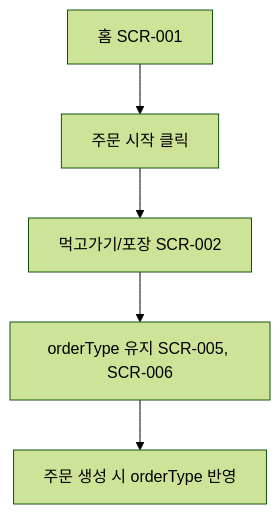
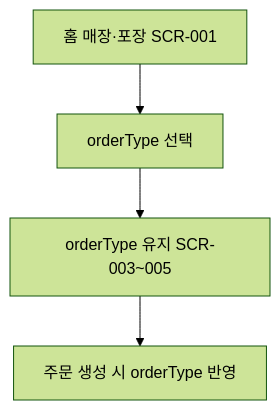
Diagram 15 of 25 in docs/wiki/user-scenarios.md (hagenie128/ASAK), drawn with Mermaid (forest theme) before and after one commit. The commit also changed other lines of this file and 241 other files, not shown here.

````diff
--- a/docs/wiki/user-scenarios.md
+++ b/docs/wiki/user-scenarios.md
@@ -238,7 +237,6 @@
 ```mermaid
 flowchart TD
-    A[홈 SCR-001] --> B[주문 시작 클릭]
-    B --> C[먹고가기/포장 SCR-002]
-    C --> D[orderType 유지 SCR-005, SCR-006]
-    D --> E[주문 생성 시 orderType 반영]
+    A[홈 매장·포장 SCR-001] --> B[orderType 선택]
+    B --> C[orderType 유지 SCR-003~005]
+    C --> D[주문 생성 시 orderType 반영]
 ```
````
